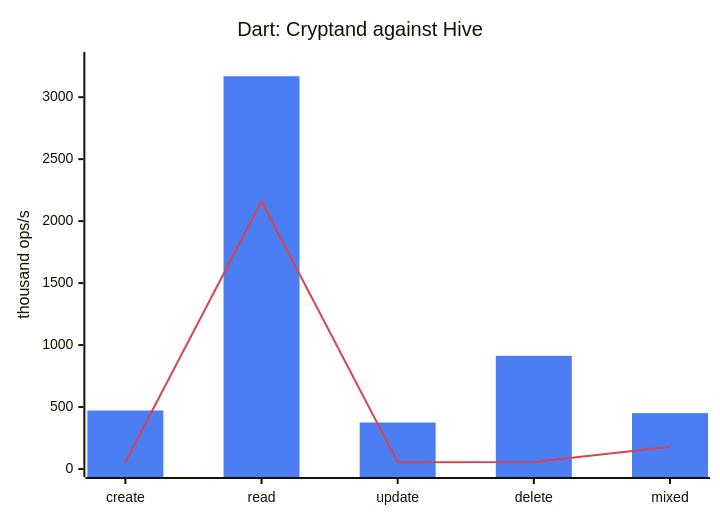
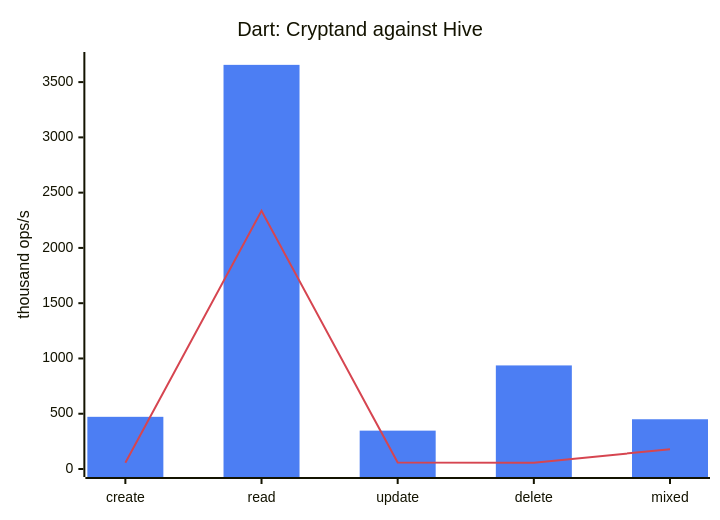
The third of 4 diagrams in reference/bench/RESULTS.md (nitrite/cryptand), drawn with Mermaid before and after one commit. The commit also changed other lines of this file and 34 other files, not shown here.

````diff
--- a/reference/bench/RESULTS.md
+++ b/reference/bench/RESULTS.md
@@ -137,9 +100,9 @@
 ```mermaid
 %%{init: {"themeVariables": {"xyChart": {"plotColorPalette": "#4C7EF3, #D64550"}}}}%%
 xychart-beta
     title "Dart: Cryptand against Hive"
     x-axis ["create", "read", "update", "delete", "mixed"]
-    y-axis "thousand ops/s" 0 --> 3300
-    bar "cryptand" [472, 3169, 375, 913, 451]
-    line "hive" [55, 2161, 55, 57, 179]
+    y-axis "thousand ops/s" 0 --> 3700
+    bar "cryptand" [472, 3656, 347, 937, 450]
+    line "hive" [56, 2336, 58, 56, 179]
 ```
````
